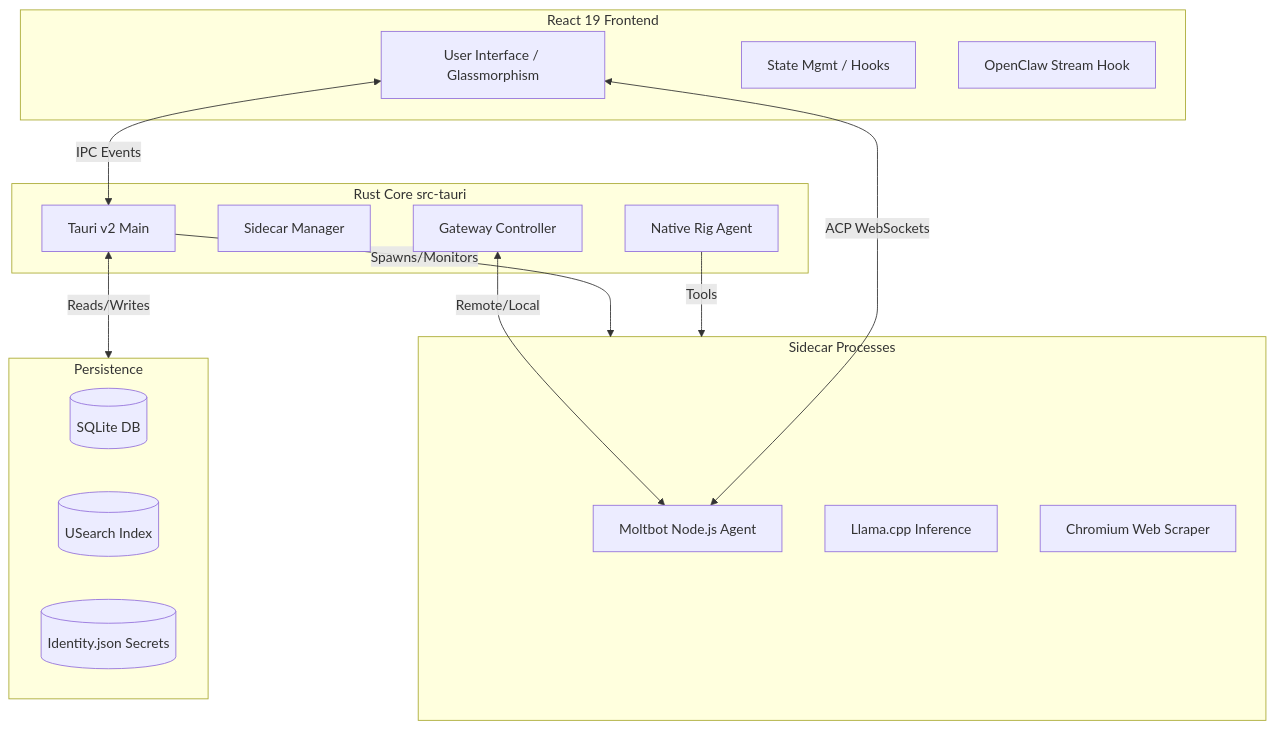
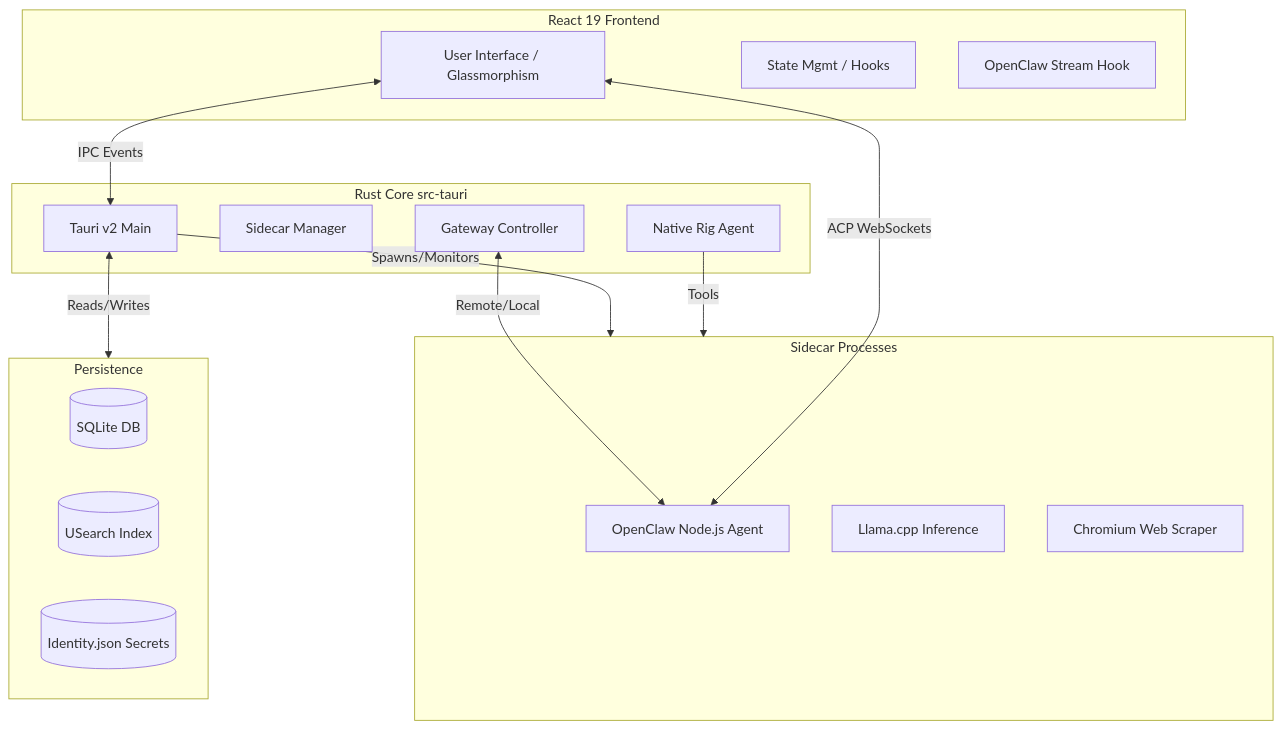
The diagram in README.md (RNT56/ThinClaw), drawn with Mermaid before and after one commit. The commit also changed other lines of this file, not shown here.

Commit message:
Docs: Rename Moltbot/Clawdbot to OpenClaw in README.md

````diff
--- a/README.md
+++ b/README.md
@@ -26,34 +26,34 @@
 ```mermaid
 graph TD
     subgraph Frontend [React 19 Frontend]
         UI[User Interface / Glassmorphism]
         State[State Mgmt / Hooks]
         Stream[OpenClaw Stream Hook]
     end
     
     subgraph Backend [Rust Core src-tauri]
         Tauri[Tauri v2 Main]
         Manager[Sidecar Manager]
         Gateway[Gateway Controller]
         RigAgent[Native Rig Agent]
     end
     
     subgraph Sidecars [Sidecar Processes]
-        Moltbot[Moltbot Node.js Agent]
+        OpenClaw[OpenClaw Node.js Agent]
         Llama[Llama.cpp Inference]
         Chromium[Chromium Web Scraper]
     end
     
     subgraph Storage [Persistence]
         SQLite[(SQLite DB)]
         Vectors[(USearch Index)]
         Identity[(Identity.json Secrets)]
     end
 
     UI <-->|IPC Events| Tauri
     Tauri -->|Spawns/Monitors| Sidecars
     Tauri <-->|Reads/Writes| Storage
-    Moltbot <-->|ACP WebSockets| UI
-    Gateway <-->|Remote/Local| Moltbot
+    OpenClaw <-->|ACP WebSockets| UI
+    Gateway <-->|Remote/Local| OpenClaw
     RigAgent -->|Tools| Sidecars
 ```
````
